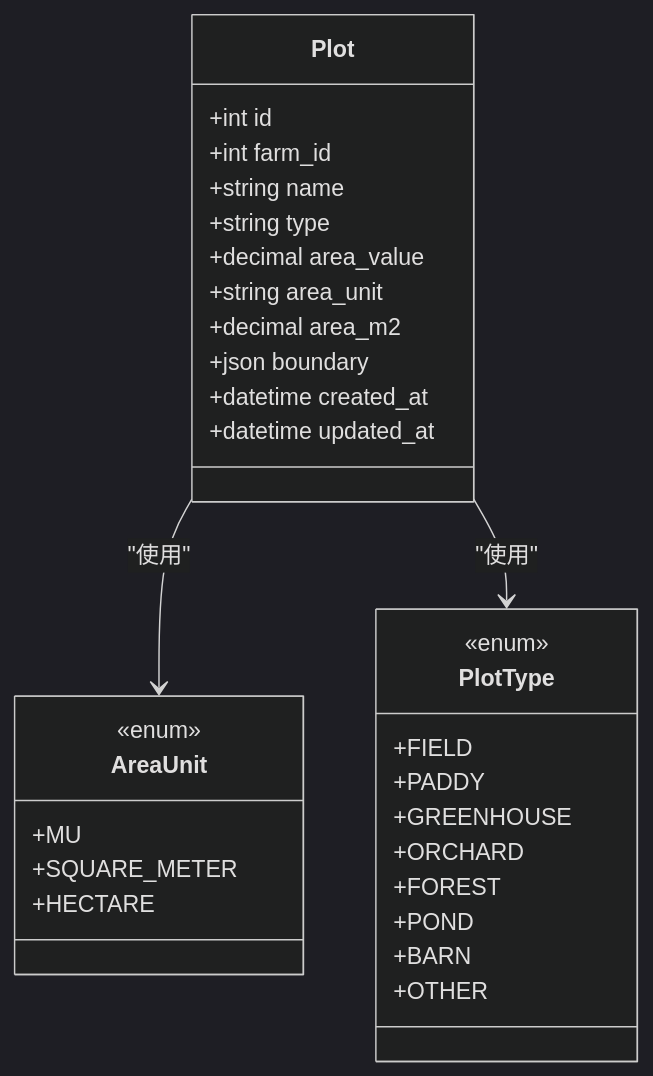
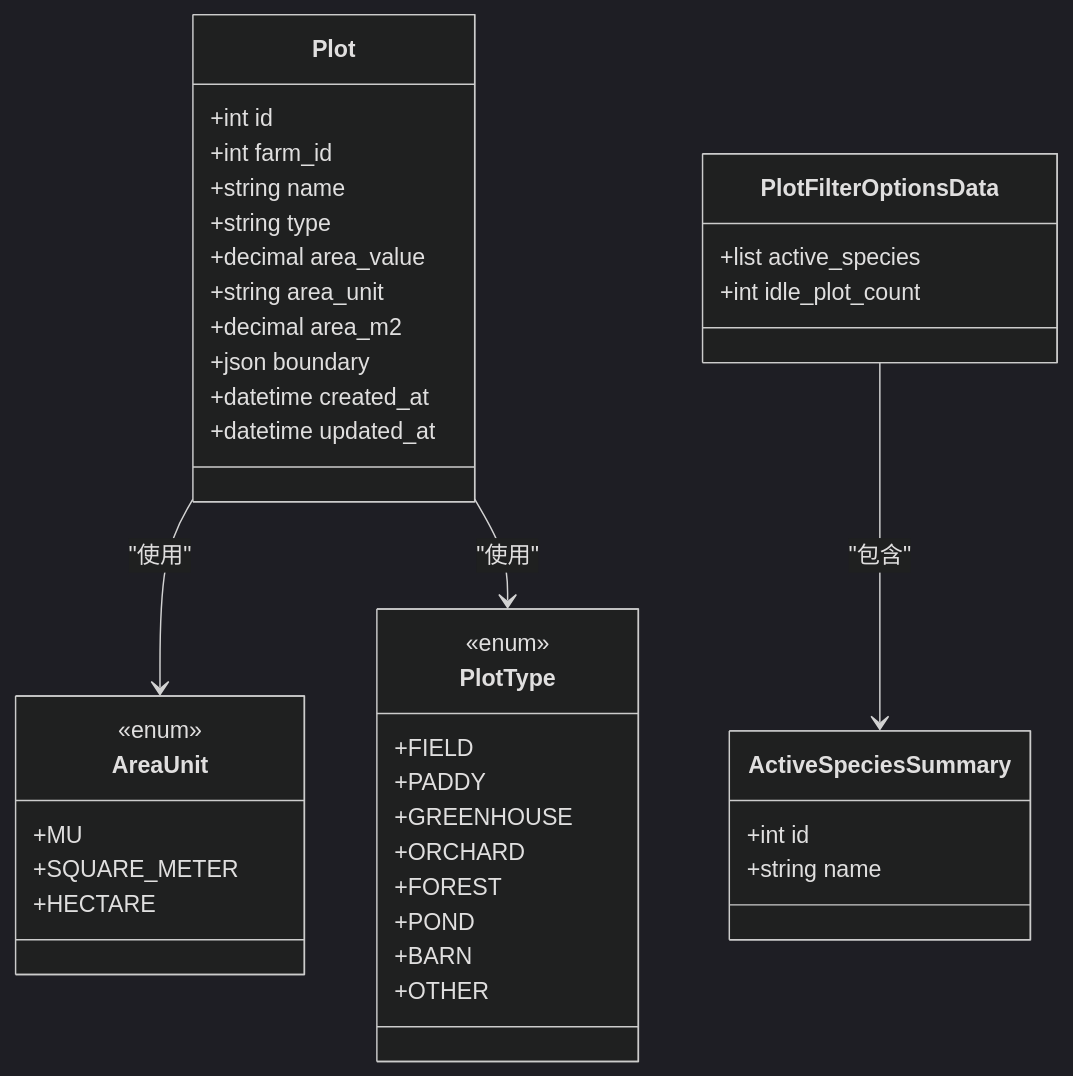
The third of 10 diagrams in .qoder/repowiki/zh/content/前端应用/地块管理模块.md (wungjyan/pocket-farm), drawn with Mermaid (dark theme) before and after one commit. The commit also changed other lines of this file and 198 other files, not shown here.

````diff
--- a/.qoder/repowiki/zh/content/前端应用/地块管理模块.md
+++ b/.qoder/repowiki/zh/content/前端应用/地块管理模块.md
@@ -140,34 +185,43 @@
 ```mermaid
 classDiagram
 class Plot {
 +int id
 +int farm_id
 +string name
 +string type
 +decimal area_value
 +string area_unit
 +decimal area_m2
 +json boundary
 +datetime created_at
 +datetime updated_at
 }
 class AreaUnit {
 <<enum>>
 +MU
 +SQUARE_METER
 +HECTARE
 }
 class PlotType {
 <<enum>>
 +FIELD
 +PADDY
 +GREENHOUSE
 +ORCHARD
 +FOREST
 +POND
 +BARN
 +OTHER
 }
+class ActiveSpeciesSummary {
++int id
++string name
+}
+class PlotFilterOptionsData {
++list active_species
++int idle_plot_count
+}
 Plot --> AreaUnit : "使用"
 Plot --> PlotType : "使用"
+PlotFilterOptionsData --> ActiveSpeciesSummary : "包含"
 ```
````
